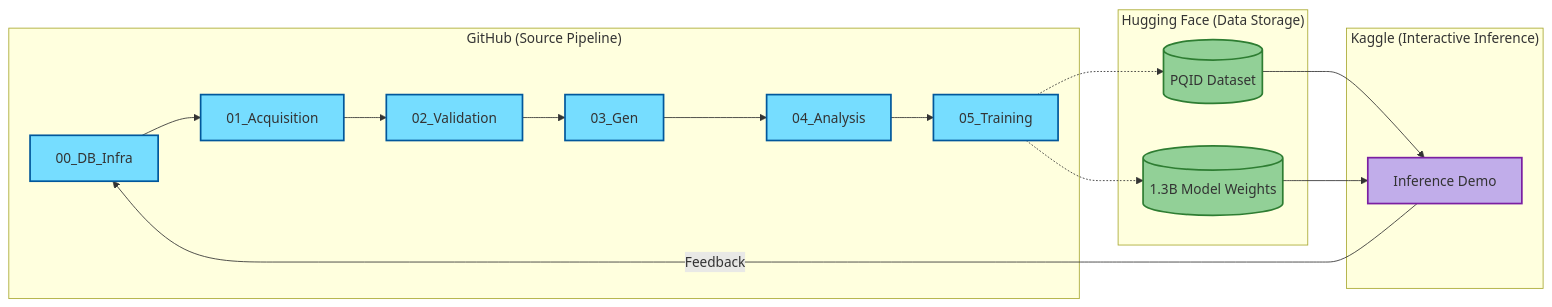
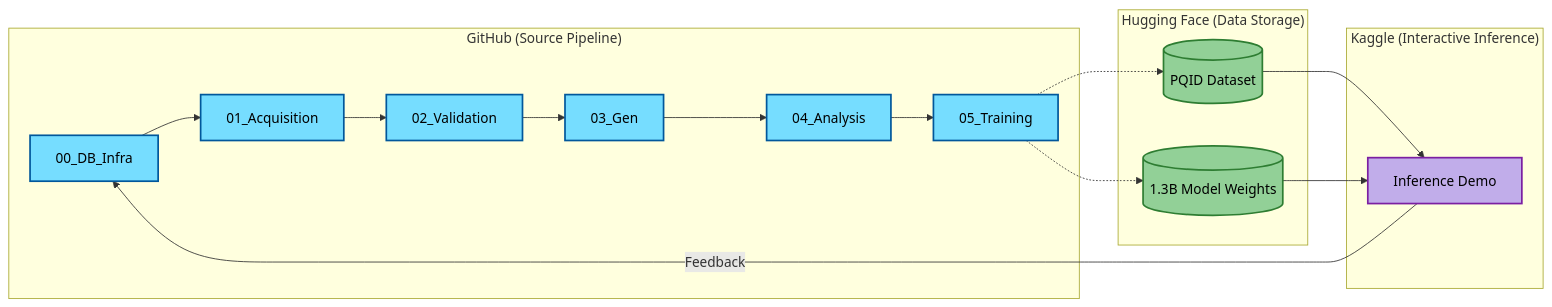
Before and after one commit to Elias-Abebe-Gasparini/PQID-Dataset: the first of 4 diagrams in README.md, drawn with Mermaid. The commit also changed other lines of this file and 1 other file, not shown here.

Commit message:
Updated Citation Details

````diff
--- a/README.md
+++ b/README.md
@@ -36,36 +36,36 @@
 ```mermaid
 graph LR
-    %% Class Definitions
-    classDef github fill:#76ddff,stroke:#01579b,stroke-width:2px;
-    classDef hf fill:#92d097,stroke:#2e7d32,stroke-width:2px;
-    classDef kaggle fill:#c1adea,stroke:#7b1fa2,stroke-width:2px;
+%% Class Definitions (Added color:#000000 to force black text)
+    classDef github fill:#76ddff,stroke:#01579b,stroke-width:2px,color:#000000;
+    classDef hf fill:#92d097,stroke:#2e7d32,stroke-width:2px,color:#000000;
+    classDef kaggle fill:#c1adea,stroke:#7b1fa2,stroke-width:2px,color:#000000;
 
     subgraph "GitHub (Source Pipeline)"
         A[00_DB_Infra] --> B[01_Acquisition]
         B --> C[02_Validation]
         C --> D[03_Gen]
         D --> E[04_Analysis]
         E --> F[05_Training]
     end
 
     subgraph "Hugging Face (Data Storage)"
         G[(PQID Dataset)]
         H[(1.3B Model Weights)]
     end
 
     subgraph "Kaggle (Interactive Inference)"
         I[Inference Demo]
     end
 
     %% Applying Classes
     class A,B,C,D,E,F github;
     class G,H hf;
     class I kaggle;
 
     %% Connections
     F -.-> G
     F -.-> H
     G --> I
     H --> I
     I -- Feedback --> A
 ```
````
